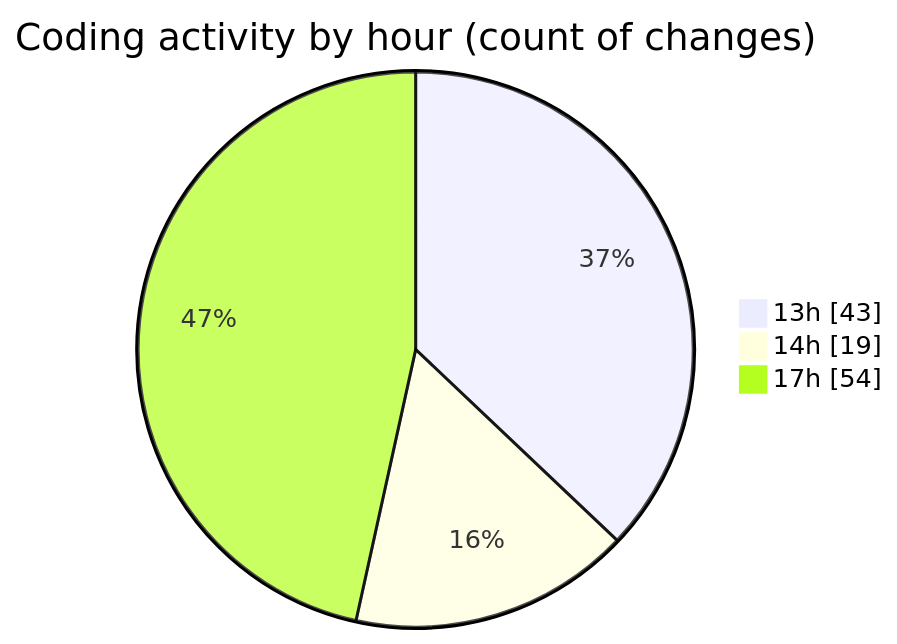
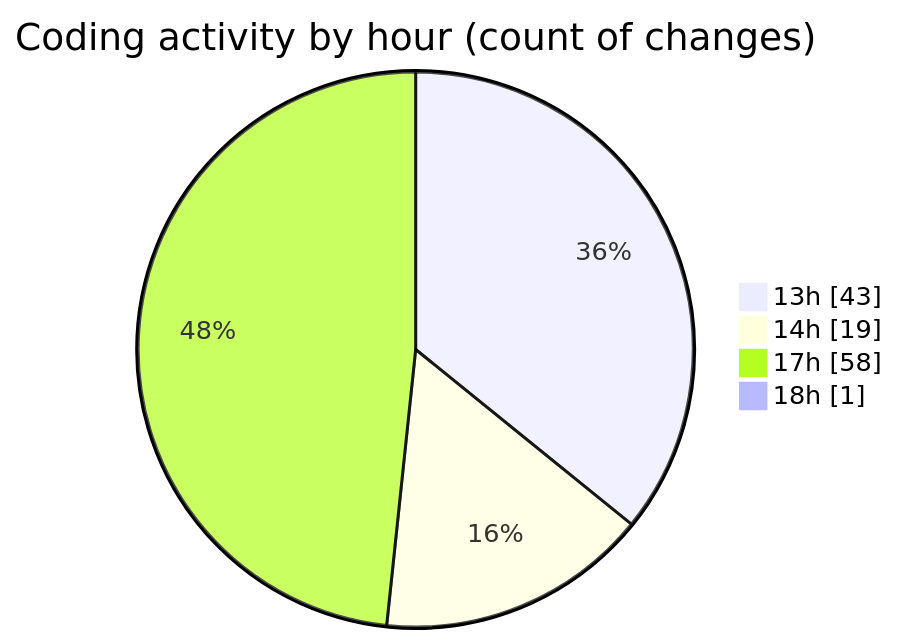
Before and after one commit to MatusMokan/code-tracking: the second of 2 diagrams in 2025-10-04/untitled__workspace_/README.md, drawn with Mermaid. The commit also changed other lines of this file and 1 other file, not shown here.

````diff
--- a/2025-10-04/untitled__workspace_/README.md
+++ b/2025-10-04/untitled__workspace_/README.md
@@ -46,7 +46,8 @@
 ```mermaid
 pie showData
 title Coding activity by hour (count of changes)
 "13h" : 43
 "14h" : 19
-"17h" : 54
+"17h" : 58
+"18h" : 1
 ```
````
